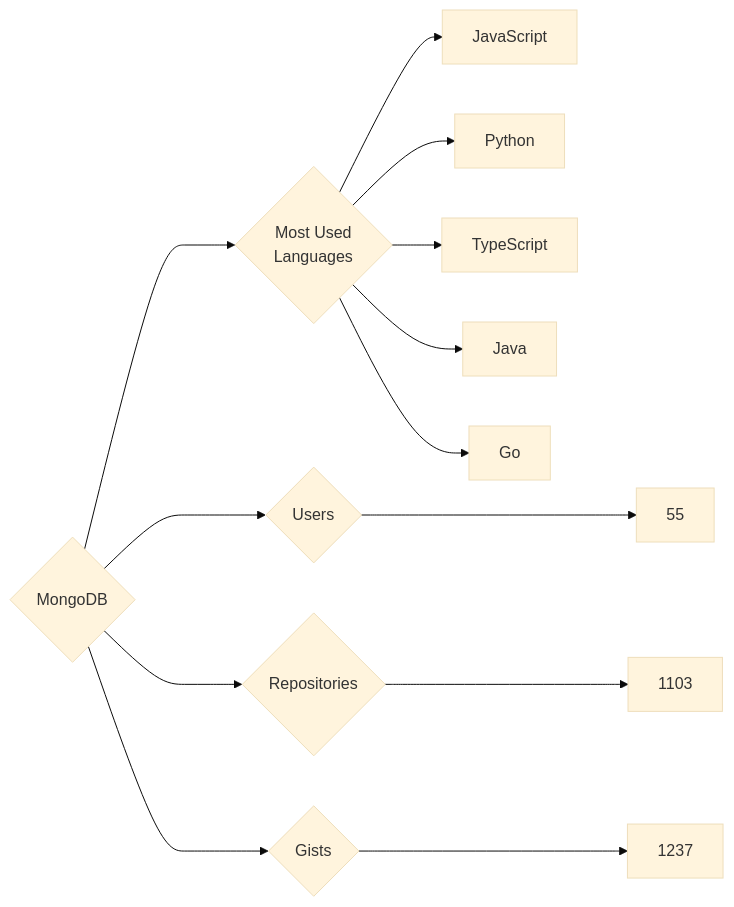
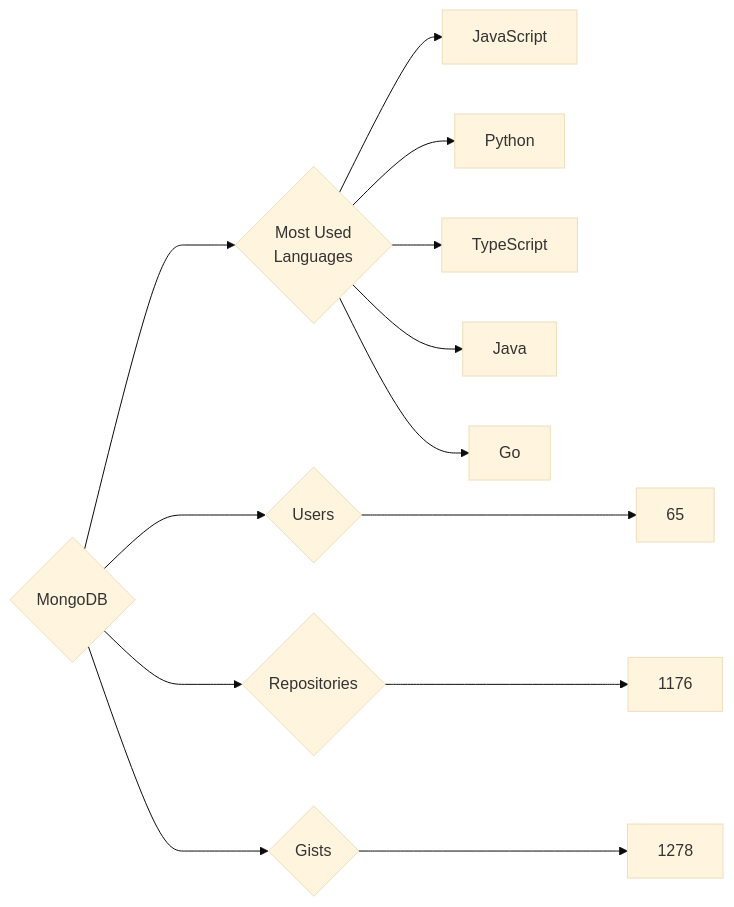
One commit to trickest/insiders changed the diagram in targets/MongoDB/README.md. Above: the diagram before and after it, drawn with Mermaid (base theme). The commit also changed 895 other files, not shown here.

````diff
--- a/targets/MongoDB/README.md
+++ b/targets/MongoDB/README.md
@@ -3,13 +3,13 @@
 ```mermaid
 graph LR
 COMPANY_NAME{MongoDB}
-COMPANY_NAME ---> U{Users} ---> UN[55]
-COMPANY_NAME ---> R{Repositories} ---> RN[1103]
-COMPANY_NAME ---> G{Gists} ---> GN[1237]
+COMPANY_NAME ---> U{Users} ---> UN[65]
+COMPANY_NAME ---> R{Repositories} ---> RN[1176]
+COMPANY_NAME ---> G{Gists} ---> GN[1278]
 COMPANY_NAME ---> ML{Most Used<br>Languages}
 ML --> JavaScript[JavaScript]
 ML --> Python[Python]
 ML --> TypeScript[TypeScript]
 ML --> Java[Java]
 ML --> Go[Go]
 ```
````
